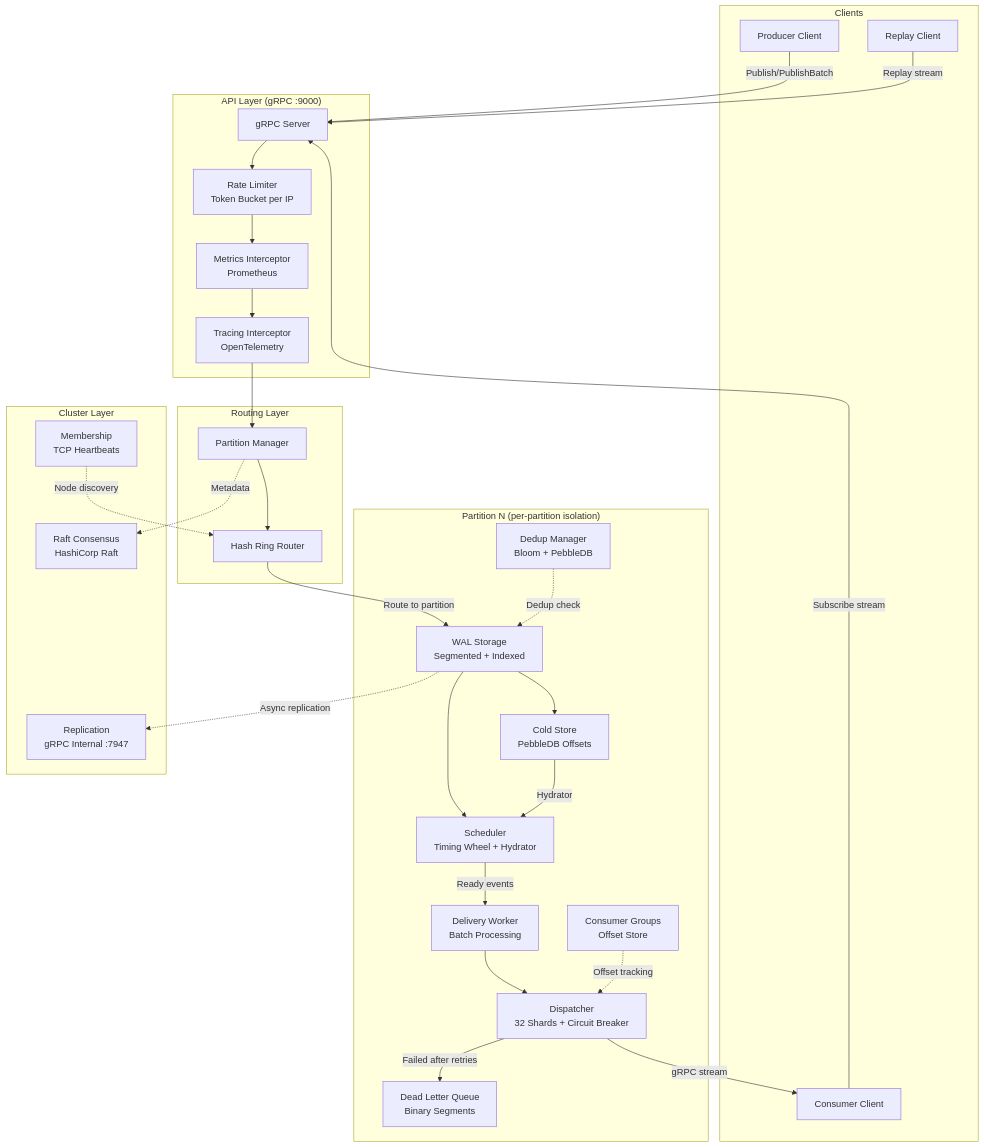
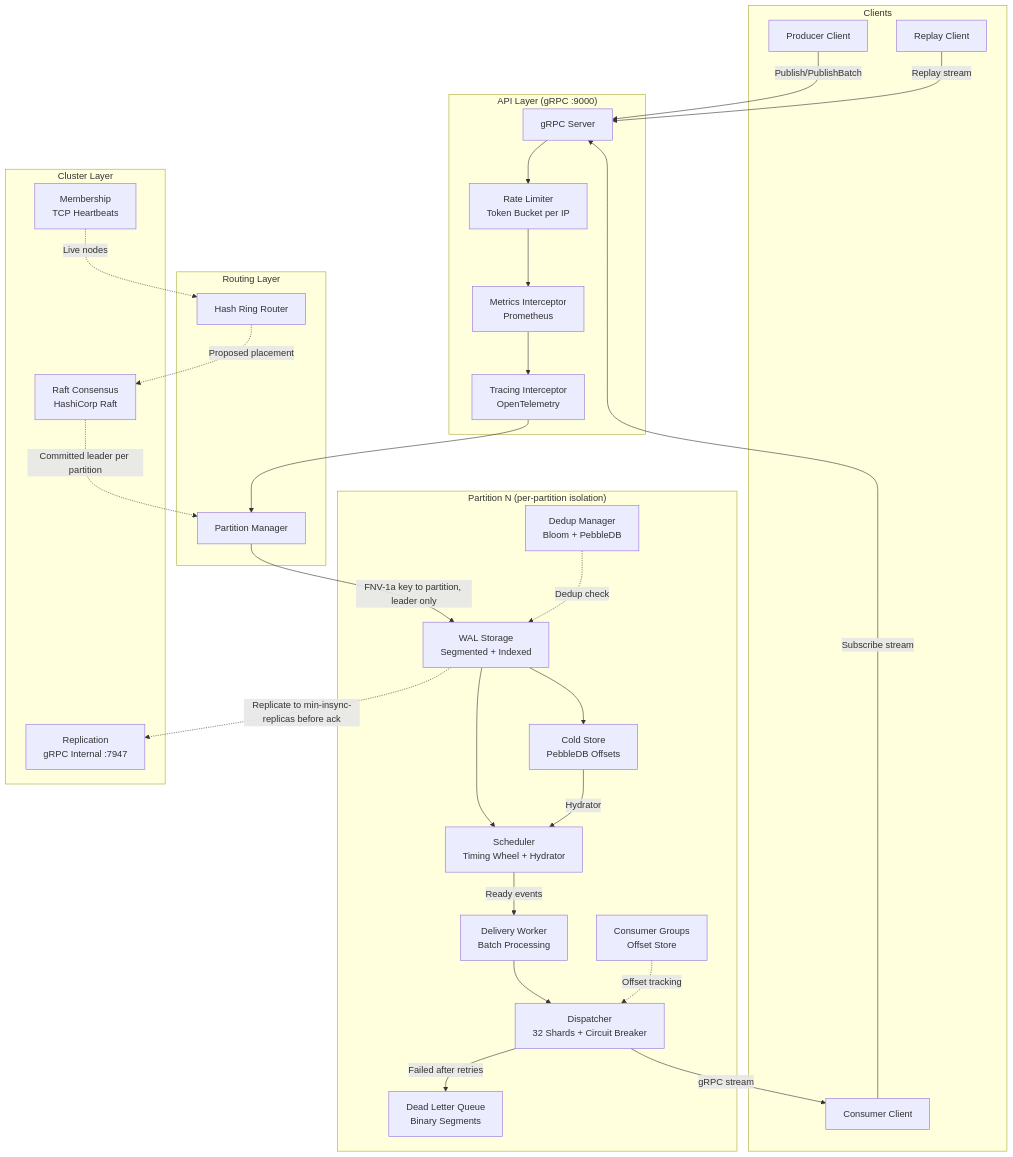
Before and after one commit to jatin711-debug/cronos_db_golang: the first of 47 diagrams in ARCHITECTURE.md, drawn with Mermaid. The commit also changed other lines of this file and 31 other files, not shown here.

````diff
--- a/ARCHITECTURE.md
+++ b/ARCHITECTURE.md
@@ -52,57 +58,57 @@
 ```mermaid
 graph TB
     subgraph Clients
         C1[Producer Client]
         C2[Consumer Client]
         C3[Replay Client]
     end
 
     subgraph "API Layer (gRPC :9000)"
         GW[gRPC Server]
         RL[Rate Limiter<br/>Token Bucket per IP]
         MT[Metrics Interceptor<br/>Prometheus]
         TR[Tracing Interceptor<br/>OpenTelemetry]
     end
 
     subgraph "Routing Layer"
         PM[Partition Manager]
         HR[Hash Ring Router]
     end
 
     subgraph "Partition N (per-partition isolation)"
         WAL[WAL Storage<br/>Segmented + Indexed]
         CS[Cold Store<br/>PebbleDB Offsets]
         SCH[Scheduler<br/>Timing Wheel + Hydrator]
         DD[Dedup Manager<br/>Bloom + PebbleDB]
         DSP[Dispatcher<br/>32 Shards + Circuit Breaker]
         WRK[Delivery Worker<br/>Batch Processing]
         CG[Consumer Groups<br/>Offset Store]
         DLQ[Dead Letter Queue<br/>Binary Segments]
     end
 
     subgraph "Cluster Layer"
         RAFT[Raft Consensus<br/>HashiCorp Raft]
         GOSSIP[Membership<br/>TCP Heartbeats]
         REPL[Replication<br/>gRPC Internal :7947]
     end
 
     C1 -->|Publish/PublishBatch| GW
     C2 -->|Subscribe stream| GW
     C3 -->|Replay stream| GW
     GW --> RL --> MT --> TR
     TR --> PM
-    PM --> HR
-    HR -->|Route to partition| WAL
+    PM -->|FNV-1a key to partition, leader only| WAL
     WAL --> SCH
     WAL --> CS
     CS -->|Hydrator| SCH
     SCH -->|Ready events| WRK
     WRK --> DSP
     DSP -->|gRPC stream| C2
     DSP -->|Failed after retries| DLQ
     DD -.->|Dedup check| WAL
     CG -.->|Offset tracking| DSP
-    WAL -.->|Async replication| REPL
-    PM -.->|Metadata| RAFT
-    GOSSIP -.->|Node discovery| HR
+    WAL -.->|Replicate to min-insync-replicas before ack| REPL
+    GOSSIP -.->|Live nodes| HR
+    HR -.->|Proposed placement| RAFT
+    RAFT -.->|Committed leader per partition| PM
 ```
````
